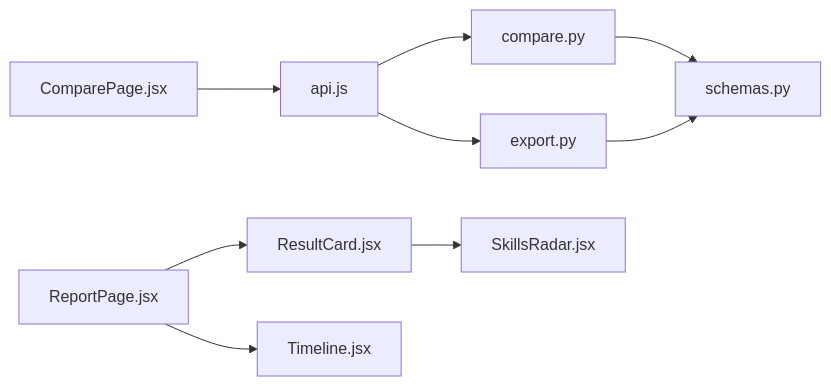
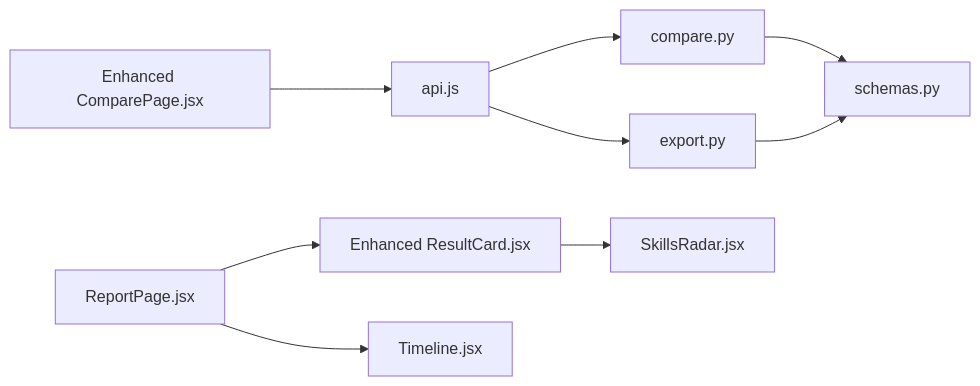
One commit to Revanththetalogics/aireume changed the ninth of 9 diagrams in .qoder/repowiki/en/content/Reporting & Analytics/Comparison & Visualization.md. Above: the diagram before and after it, drawn with Mermaid. The commit also changed other lines of this file and 6 other files, not shown here.

````diff
--- a/.qoder/repowiki/en/content/Reporting & Analytics/Comparison & Visualization.md
+++ b/.qoder/repowiki/en/content/Reporting & Analytics/Comparison & Visualization.md
@@ -324,11 +360,11 @@
 ```mermaid
 graph LR
-CP["ComparePage.jsx"] --> API["api.js"]
-RC["ResultCard.jsx"] --> SR["SkillsRadar.jsx"]
+CP["Enhanced ComparePage.jsx"] --> API["api.js"]
+RC["Enhanced ResultCard.jsx"] --> SR["SkillsRadar.jsx"]
 RP["ReportPage.jsx"] --> RC
 RP --> TL["Timeline.jsx"]
 API --> CMP["compare.py"]
 API --> EXP["export.py"]
 CMP --> SCH["schemas.py"]
 EXP --> SCH
 ```
````
